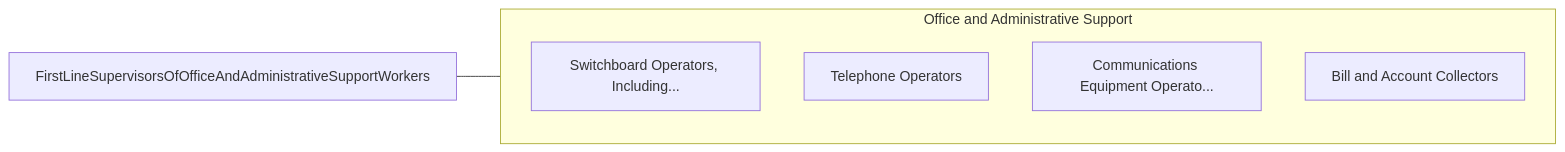
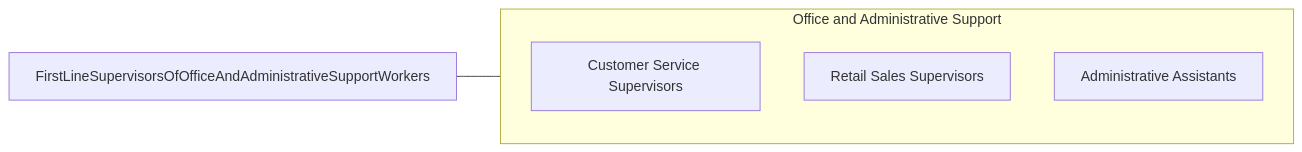
One commit to kziemski/business.org.ai changed the third of 3 diagrams in occupations/Administrative/FirstLineSupervisorsOfOfficeAndAdministrativeSupportWorkers.mdx. Above: the diagram before and after it, drawn with Mermaid. The commit also changed other lines of this file and 938 other files, not shown here.

````diff
--- a/occupations/Administrative/FirstLineSupervisorsOfOfficeAndAdministrativeSupportWorkers.mdx
+++ b/occupations/Administrative/FirstLineSupervisorsOfOfficeAndAdministrativeSupportWorkers.mdx
@@ -108,13 +107,10 @@
 ```mermaid
 graph LR
     Current["FirstLineSupervisorsOfOfficeAndAdministrativeSupportWorkers"]
-
     subgraph SameCategory["Office and Administrative Support"]
-        SwitchboardOperators["Switchboard Operators, Including..."]
-        TelephoneOperators["Telephone Operators"]
-        CommunicationsEquipm["Communications Equipment Operato..."]
-        BillAndAccountCollec["Bill and Account Collectors"]
+        RCustomerServiceSupervisors["Customer Service Supervisors"]
+        RRetailSalesSupervisors["Retail Sales Supervisors"]
+        RAdministrativeAssistants["Administrative Assistants"]
     end
-
     Current --- SameCategory
 ```
````
